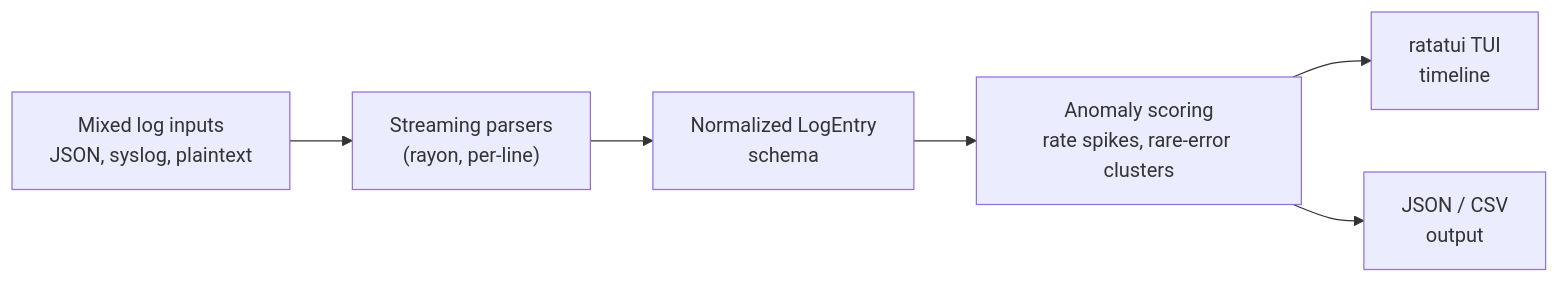
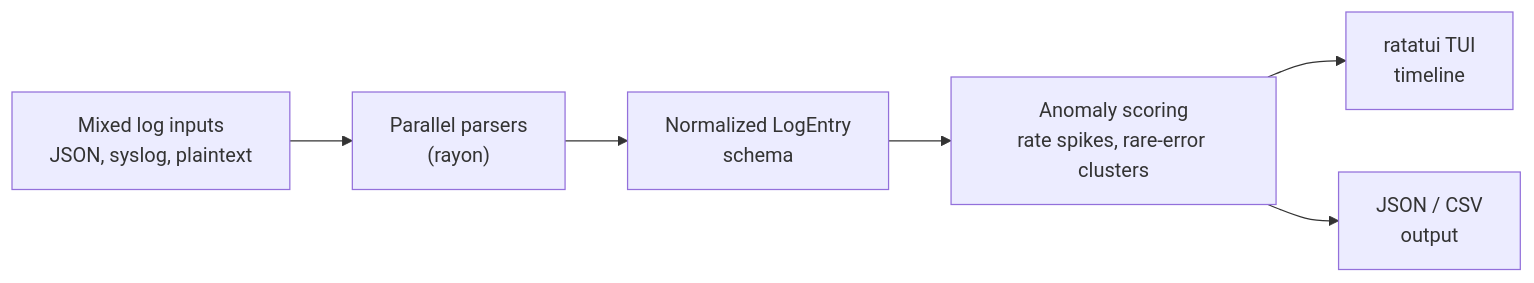
One commit to SlateGitOrg/logsculpt changed the diagram in README.md. Above: the diagram before and after it, drawn with Mermaid. The commit also changed other lines of this file, not shown here.

Commit message:
docs(readme): correct stdin, TUI, architecture and benchmark claims

````diff
--- a/README.md
+++ b/README.md
@@ -15,8 +15,8 @@
 ```mermaid
 flowchart LR
-    A["Mixed log inputs<br/>JSON, syslog, plaintext"] --> B["Streaming parsers<br/>(rayon, per-line)"]
+    A["Mixed log inputs<br/>JSON, syslog, plaintext"] --> B["Parallel parsers<br/>(rayon)"]
     B --> C["Normalized LogEntry<br/>schema"]
     C --> D["Anomaly scoring<br/>rate spikes, rare-error clusters"]
     D --> E["ratatui TUI<br/>timeline"]
     D --> F["JSON / CSV<br/>output"]
 ```
````
